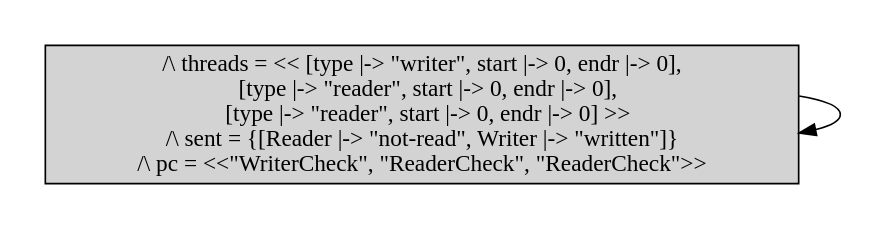
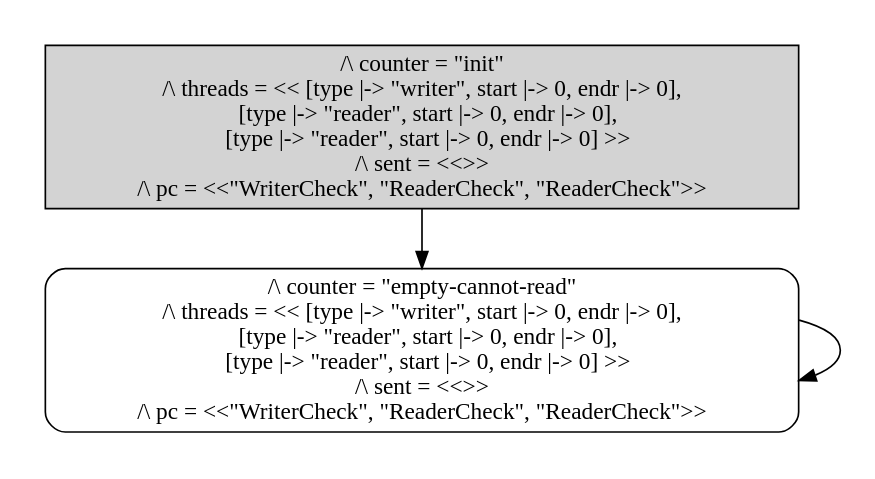
Before and after one commit to samsquire/assembly: the diagram in ringbuffer-tla/spec.dot, drawn with Graphviz. The commit also changed 151 other files, not shown here.

```diff
--- a/ringbuffer-tla/spec.dot
+++ b/ringbuffer-tla/spec.dot
@@ -1,12 +1,15 @@
 strict digraph DiskGraph {
 node [shape=box,style=rounded]
 nodesep=0.35;
 subgraph cluster_graph {
 color="white";
--8966003369997992322 [label="/\\ threads = << [type |-> \"writer\", start |-> 0, endr |-> 0],\n   [type |-> \"reader\", start |-> 0, endr |-> 0],\n   [type |-> \"reader\", start |-> 0, endr |-> 0] >>\n/\\ sent = {[Reader |-> \"not-read\", Writer |-> \"written\"]}\n/\\ pc = <<\"WriterCheck\", \"ReaderCheck\", \"ReaderCheck\">>",style = filled]
--8966003369997992322 -> -8966003369997992322 [label="",color="black",fontcolor="black"];
--8966003369997992322 -> -8966003369997992322 [label="",color="black",fontcolor="black"];
--8966003369997992322 -> -8966003369997992322 [label="",color="black",fontcolor="black"];
-{rank = same; -8966003369997992322;}
+-3102097335548326673 [label="/\\ counter = \"init\"\n/\\ threads = << [type |-> \"writer\", start |-> 0, endr |-> 0],\n   [type |-> \"reader\", start |-> 0, endr |-> 0],\n   [type |-> \"reader\", start |-> 0, endr |-> 0] >>\n/\\ sent = <<>>\n/\\ pc = <<\"WriterCheck\", \"ReaderCheck\", \"ReaderCheck\">>",style = filled]
+-3102097335548326673 -> 1268738161081678619 [label="",color="black",fontcolor="black"];
+1268738161081678619 [label="/\\ counter = \"empty-cannot-read\"\n/\\ threads = << [type |-> \"writer\", start |-> 0, endr |-> 0],\n   [type |-> \"reader\", start |-> 0, endr |-> 0],\n   [type |-> \"reader\", start |-> 0, endr |-> 0] >>\n/\\ sent = <<>>\n/\\ pc = <<\"WriterCheck\", \"ReaderCheck\", \"ReaderCheck\">>"];
+-3102097335548326673 -> 1268738161081678619 [label="",color="black",fontcolor="black"];
+1268738161081678619 -> 1268738161081678619 [label="",color="black",fontcolor="black"];
+1268738161081678619 -> 1268738161081678619 [label="",color="black",fontcolor="black"];
+{rank = same; -3102097335548326673;}
+{rank = same; 1268738161081678619;}
 }
 }
```
